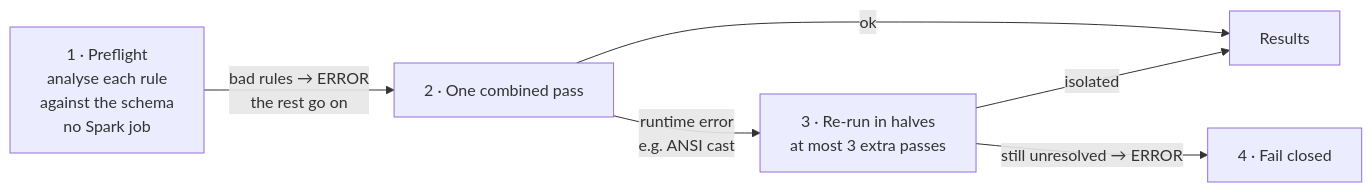
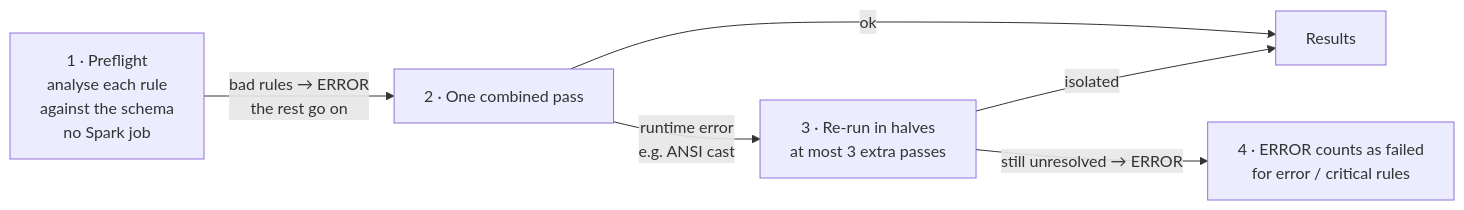
One commit to arbaizam/lakehouse_runledger changed diagram 11 of 29 in docs/design.md. Above: the diagram before and after it, drawn with Mermaid. The commit also changed other lines of this file, not shown here.

````diff
--- a/docs/design.md
+++ b/docs/design.md
@@ -843,8 +896,8 @@
 ```mermaid
 flowchart LR
   PF["1 · Preflight<br/>analyse each rule<br/>against the schema<br/>no Spark job"] -->|"bad rules → ERROR<br/>the rest go on"| P["2 · One combined pass"]
   P -->|ok| R["Results"]
   P -->|"runtime error<br/>e.g. ANSI cast"| BI["3 · Re-run in halves<br/>at most 3 extra passes"]
   BI -->|isolated| R
-  BI -->|"still unresolved → ERROR"| FC["4 · Fail closed"]
+  BI -->|"still unresolved → ERROR"| FC["4 · ERROR counts as failed<br/>for error / critical rules"]
 ```
````
